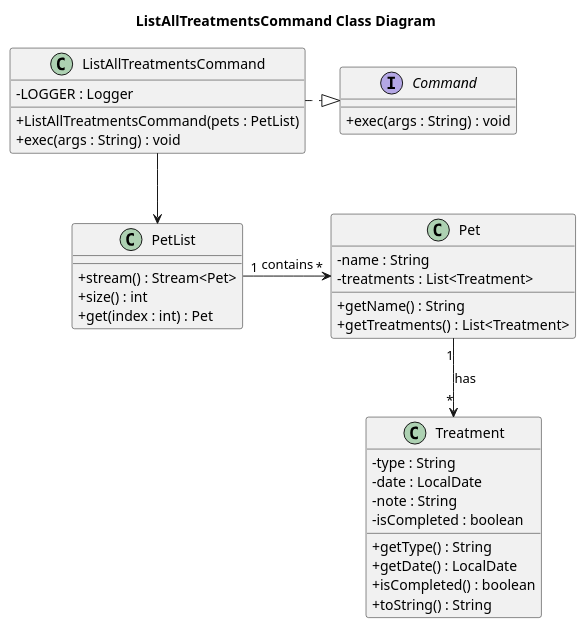
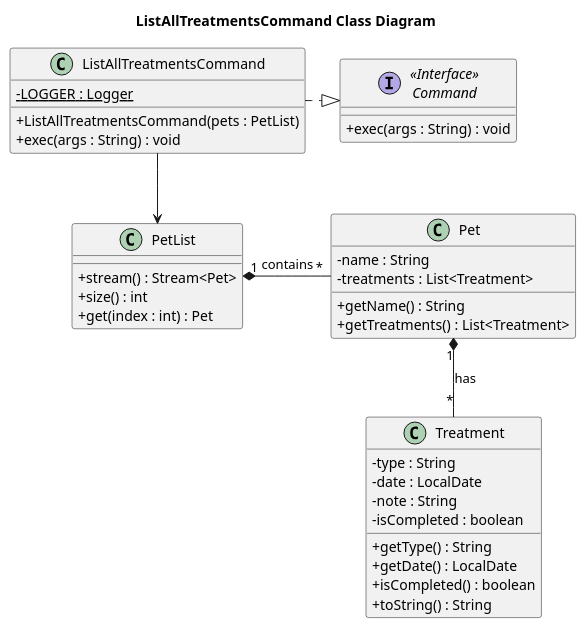
Before and after one commit to Kevin88866/tp: the diagram in docs/uml/ListAllTreatmentsCommand.puml, drawn with PlantUML.

Commit message:
Update ListPetTreatmentsCommand class diagram based on feedback

```diff
--- a/docs/uml/ListAllTreatmentsCommand.puml
+++ b/docs/uml/ListAllTreatmentsCommand.puml
@@ -1,51 +1,51 @@
 @startuml
 skinparam classAttributeIconSize 0
 title ListAllTreatmentsCommand Class Diagram
 
 ' =====================
 ' Classes
 ' =====================
 
-interface Command {
+interface "<<Interface>>\nCommand" as Command {
     + exec(args : String) : void
 }
 
 class ListAllTreatmentsCommand {
-    - LOGGER : Logger
+    - {static} LOGGER : Logger
     + ListAllTreatmentsCommand(pets : PetList)
     + exec(args : String) : void
 }
 
 class PetList {
     + stream() : Stream<Pet>
     + size() : int
     + get(index : int) : Pet
 }
 
 class Pet {
     - name : String
     - treatments : List<Treatment>
     + getName() : String
     + getTreatments() : List<Treatment>
 }
 
 class Treatment {
     - type : String
     - date : LocalDate
     - note : String
     - isCompleted : boolean
     + getType() : String
     + getDate() : LocalDate
     + isCompleted() : boolean
     + toString() : String
 }
 
 ' =====================
 ' Relationships
 ' =====================
 
 ListAllTreatmentsCommand .|> Command
 ListAllTreatmentsCommand --> PetList
-PetList "1" -> "*" Pet : contains
-Pet "1" --> "*" Treatment : has
+PetList "1" *- "*" Pet : contains
+Pet "1" *-- "*" Treatment : has
 @enduml
```
